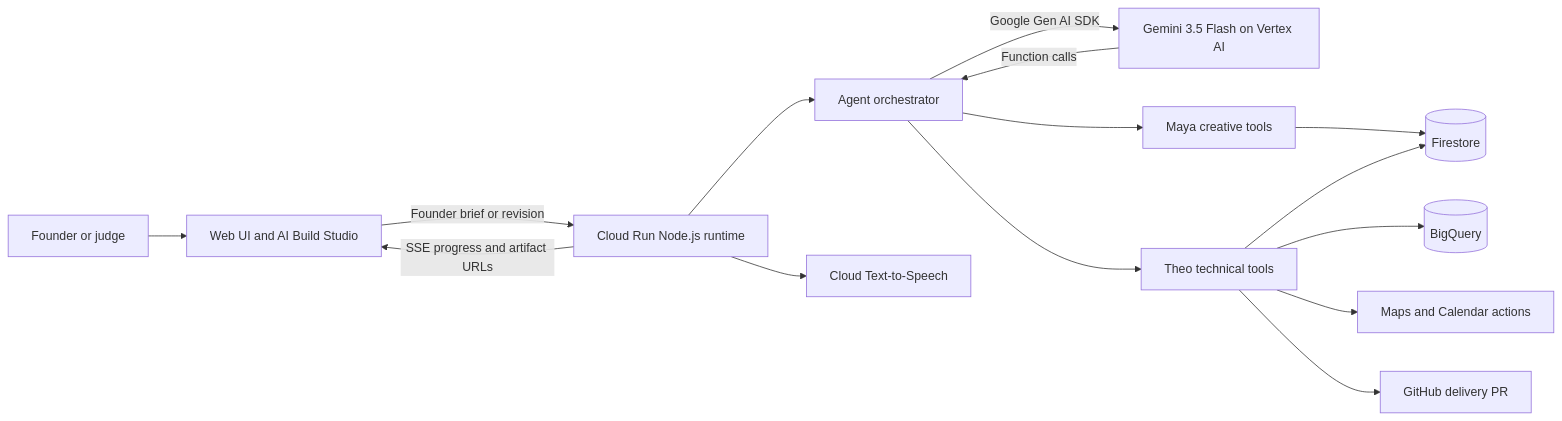
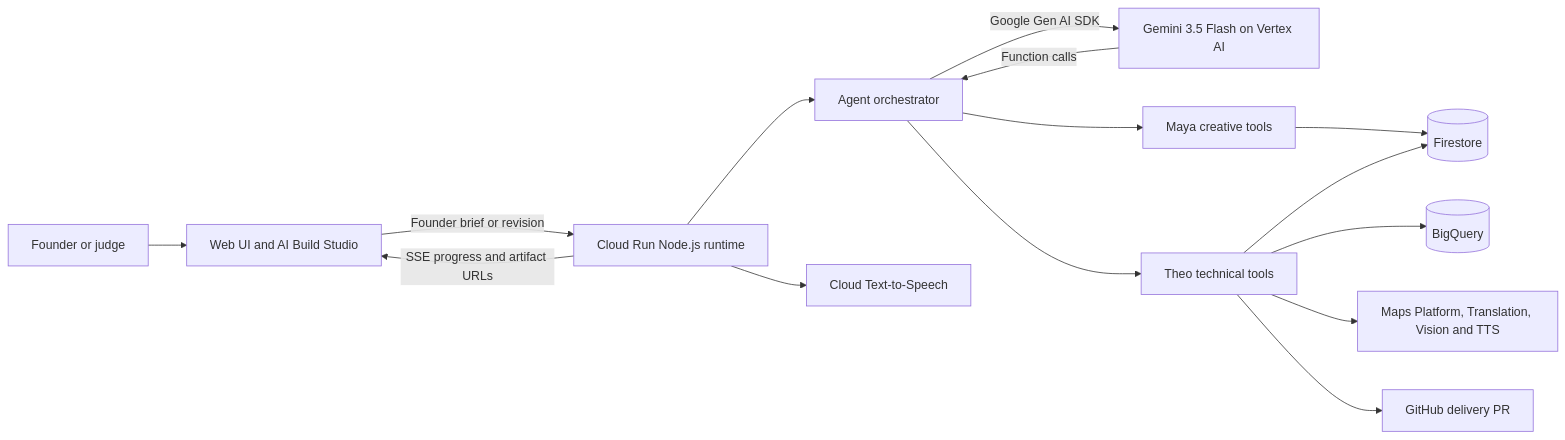
Before and after one commit to stalkiq/cofounderlive: the diagram in README.md, drawn with Mermaid. The commit also changed other lines of this file and 12 other files, not shown here.

First line of the commit message:
Expand Theo's Google capability delivery

````diff
--- a/README.md
+++ b/README.md
@@ -88,17 +115,17 @@
 ```mermaid
 flowchart LR
     Founder[Founder or judge] --> UI[Web UI and AI Build Studio]
     UI -->|Founder brief or revision| Run[Cloud Run Node.js runtime]
     Run --> Agent[Agent orchestrator]
     Agent -->|Google Gen AI SDK| Vertex[Gemini 3.5 Flash on Vertex AI]
     Vertex -->|Function calls| Agent
     Agent --> Maya[Maya creative tools]
     Agent --> Theo[Theo technical tools]
     Maya --> Firestore[(Firestore)]
     Theo --> Firestore
     Theo --> BigQuery[(BigQuery)]
-    Theo --> GoogleActions[Maps and Calendar actions]
+    Theo --> GoogleActions[Maps Platform, Translation, Vision and TTS]
     Theo --> GitHub[GitHub delivery PR]
     Run --> TTS[Cloud Text-to-Speech]
     Run -->|SSE progress and artifact URLs| UI
 ```
````
